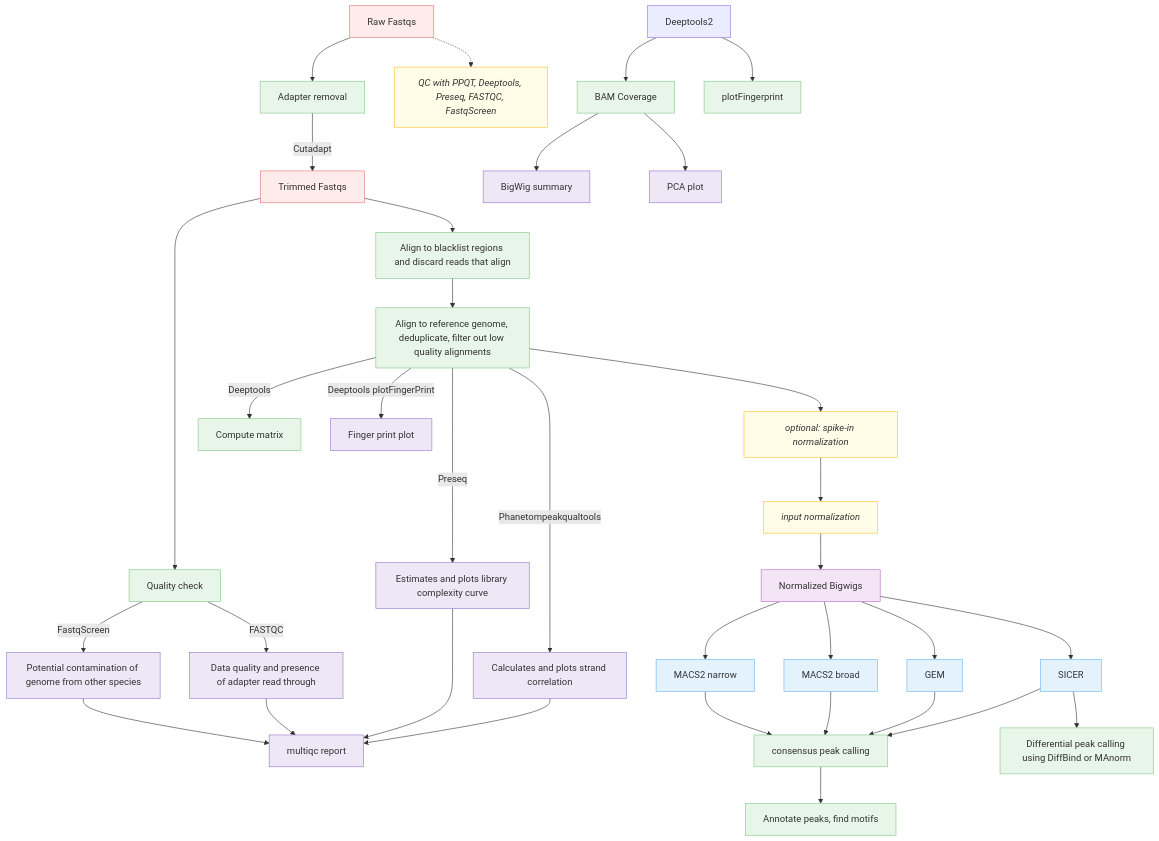
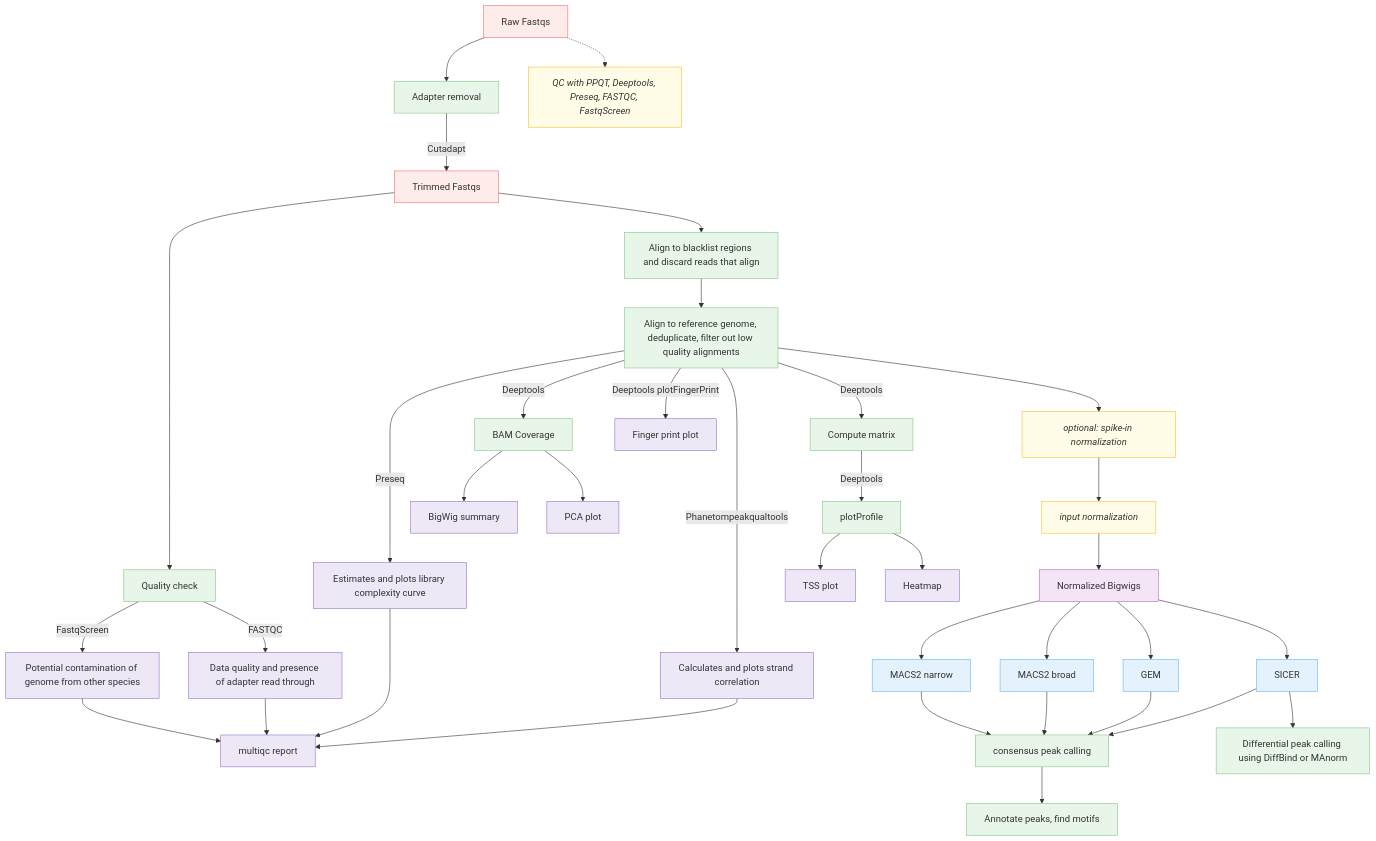
Before and after one commit to CCBR/CHAMPAGNE: the first of 2 diagrams in docs/diagram/index.md, drawn with Mermaid.

Commit message:
Updated DeepTools functions.

```diff
--- a/docs/diagram/index.md
+++ b/docs/diagram/index.md
@@ -48,11 +48,14 @@
   %% Deeptools steps
   %%Align --> Deeptools["Deeptools"]:::tool
   Align --> |Deeptools| Matrix["Compute matrix"]:::process
-  Deeptools2 --> BAMcov["BAM Coverage"]:::process
-  Deeptools2 --> Fingerprint["plotFingerprint"]:::process
+  Align --> |Deeptools| BAMcov["BAM Coverage"]:::process
+  %%Deeptools2 --> BAMcov["BAM Coverage"]:::process
+  %%Deeptools2 --> Fingerprint["plotFingerprint"]:::process
   Align --> |Deeptools plotFingerPrint| Fingerprintplot["Finger print plot"]:::output
 
-  %%Matrix --> Heatmap["TSS profile plot and heatmap"]:::output
+  Matrix --> |Deeptools| Profile["plotProfile"]:::process
+  Profile --> TSSplot["TSS plot"]:::output
+  Profile --> Heatmap["Heatmap"]:::output
   BAMcov --> Bigwig["BigWig summary"]:::output
   BAMcov --> PCA["PCA plot"]:::output
   %%Matrix --> Correlation["Plot sample correlation"]:::output
```
